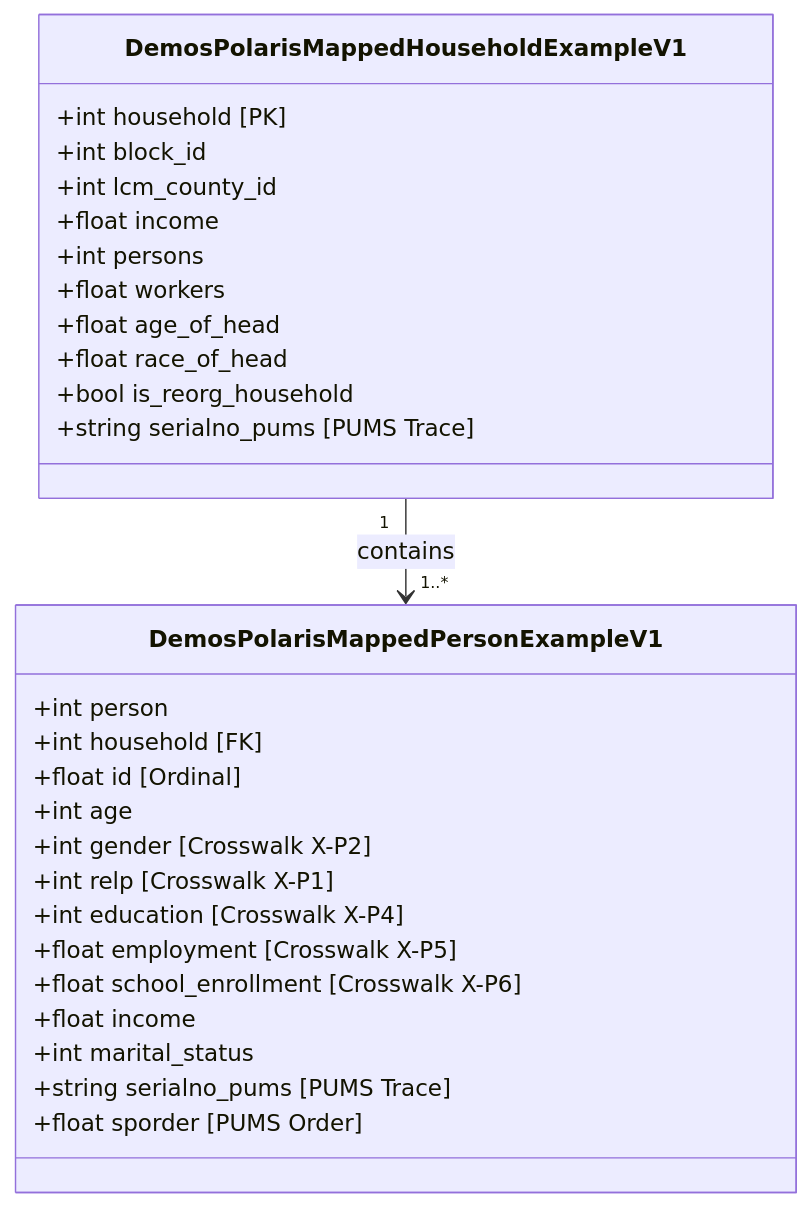
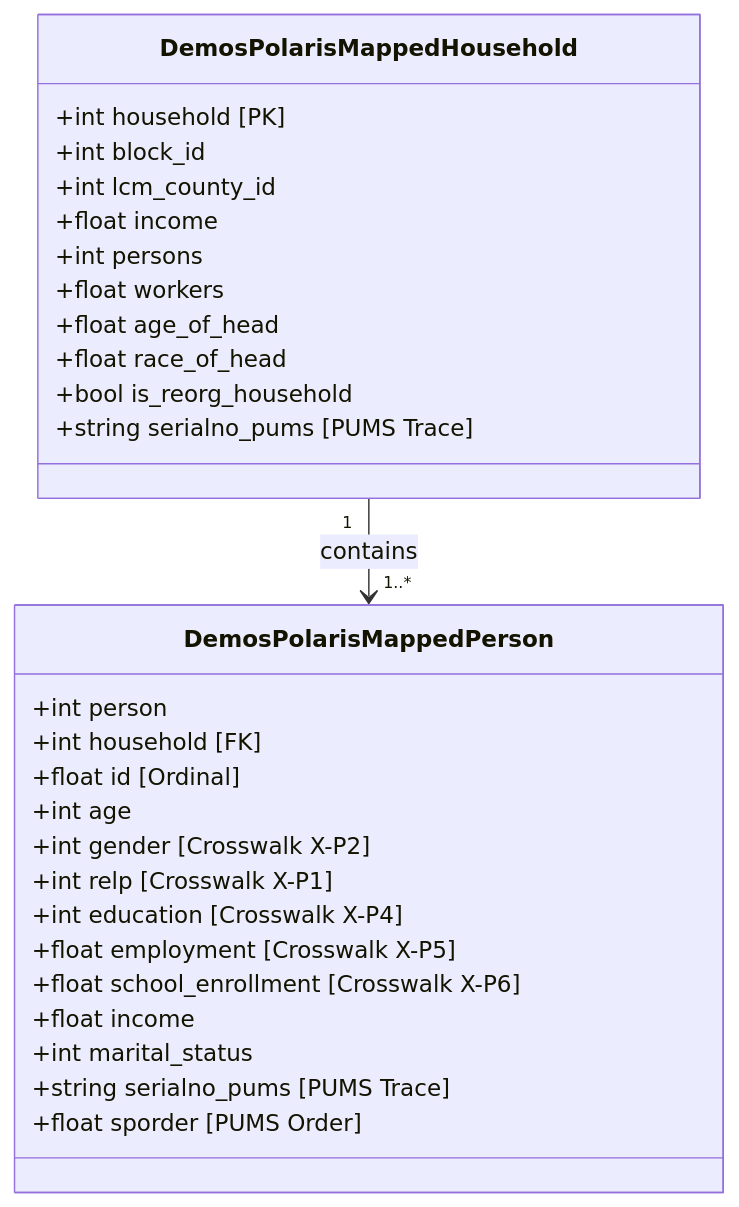
Before and after one commit to LBNL-UCB-STI/synergy-schema: the third of 5 diagrams in docs/cross-model-mappings/deliverable_1_uml.md, drawn with Mermaid. The commit also changed other lines of this file and 18 other files, not shown here.

Commit message:
feat(schema): promote example classes to authoritative and integrate toc navigation

````diff
--- a/docs/cross-model-mappings/deliverable_1_uml.md
+++ b/docs/cross-model-mappings/deliverable_1_uml.md
@@ -127,31 +127,31 @@
 ```mermaid
 classDiagram
-    class DemosPolarisMappedHouseholdExampleV1 {
+    class DemosPolarisMappedHousehold {
         +int household [PK]
         +int block_id
         +int lcm_county_id
         +float income
         +int persons
         +float workers
         +float age_of_head
         +float race_of_head
         +bool is_reorg_household
         +string serialno_pums [PUMS Trace]
     }
-    class DemosPolarisMappedPersonExampleV1 {
+    class DemosPolarisMappedPerson {
         +int person
         +int household [FK]
         +float id [Ordinal]
         +int age
         +int gender [Crosswalk X-P2]
         +int relp [Crosswalk X-P1]
         +int education [Crosswalk X-P4]
         +float employment [Crosswalk X-P5]
         +float school_enrollment [Crosswalk X-P6]
         +float income
         +int marital_status
         +string serialno_pums [PUMS Trace]
         +float sporder [PUMS Order]
     }
-    DemosPolarisMappedHouseholdExampleV1 "1" --> "1..*" DemosPolarisMappedPersonExampleV1 : contains
+    DemosPolarisMappedHousehold "1" --> "1..*" DemosPolarisMappedPerson : contains
 ```
````
